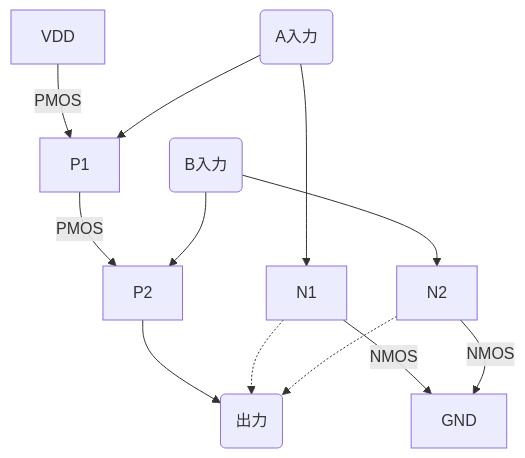
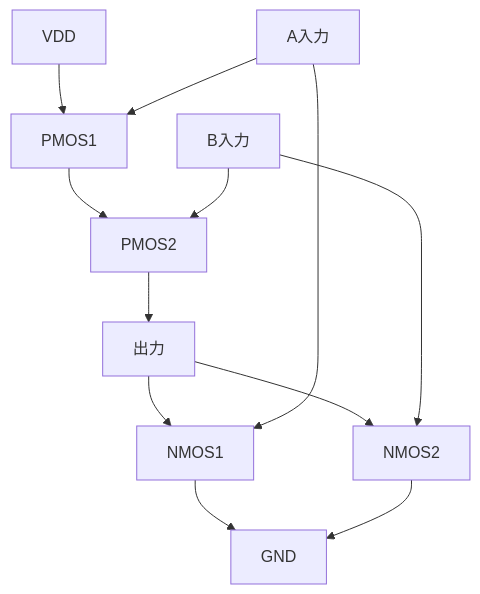
One commit to Samizo-AITL/Edusemi-v4x changed the diagram in chapter2_comb_logic/2.1_logic_gates.md. Above: the diagram before and after it, drawn with Mermaid.

````diff
--- a/chapter2_comb_logic/2.1_logic_gates.md
+++ b/chapter2_comb_logic/2.1_logic_gates.md
@@ -88,24 +88,25 @@
 ```mermaid
 graph TD
-    A(A入力)
-    B(B入力)
+    %% 入力と電源
     VDD[VDD]
     VSS[GND]
-    OUT(出力)
+    A[A入力]
+    B[B入力]
+    OUT[出力]
 
-    %% PMOS直列
-    VDD -->|PMOS| P1
-    P1 -->|PMOS| P2
+    %% --- PMOSブロック（直列） ---
+    VDD --> P1[PMOS1]
+    P1 --> P2[PMOS2]
     P2 --> OUT
 
-    %% NMOS並列
+    %% --- NMOSブロック（並列） ---
     A --> P1
     B --> P2
-
+    
+    OUT --> N1[NMOS1]
+    OUT --> N2[NMOS2]
+    N1 --> VSS
+    N2 --> VSS
     A --> N1
     B --> N2
-    N1 -.-> OUT
-    N2 -.-> OUT
-    N1 -->|NMOS| VSS
-    N2 -->|NMOS| VSS
 ```
````
